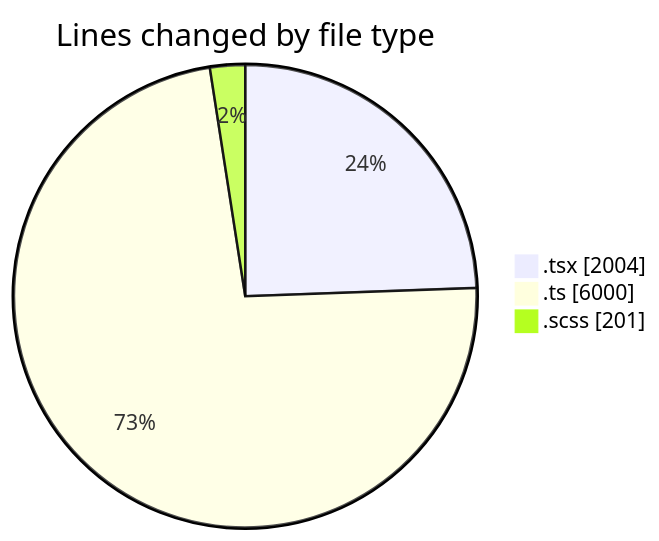
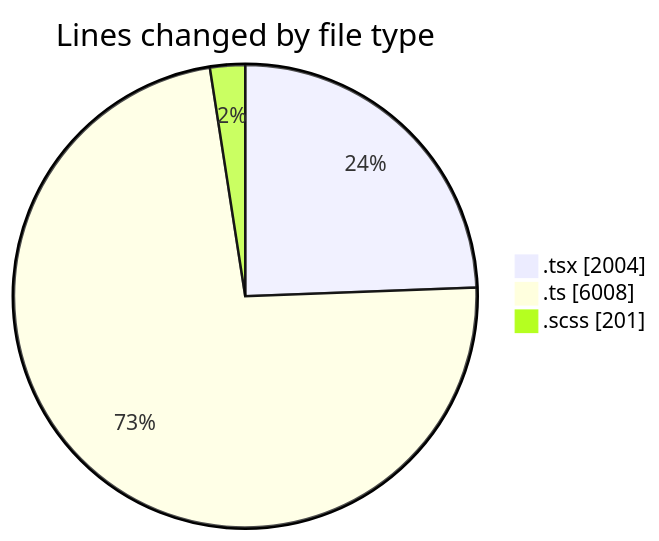
The first of 2 diagrams in 2026-10-14/cda/README.md (momahboobian/code-tracking), drawn with Mermaid before and after one commit. The commit also changed other lines of this file and 1 other file, not shown here.

````diff
--- a/2026-10-14/cda/README.md
+++ b/2026-10-14/cda/README.md
@@ -35,7 +35,7 @@
 ```mermaid
 pie showData
 title Lines changed by file type
 ".tsx" : 2004
-".ts" : 6000
+".ts" : 6008
 ".scss" : 201
 ```
````
